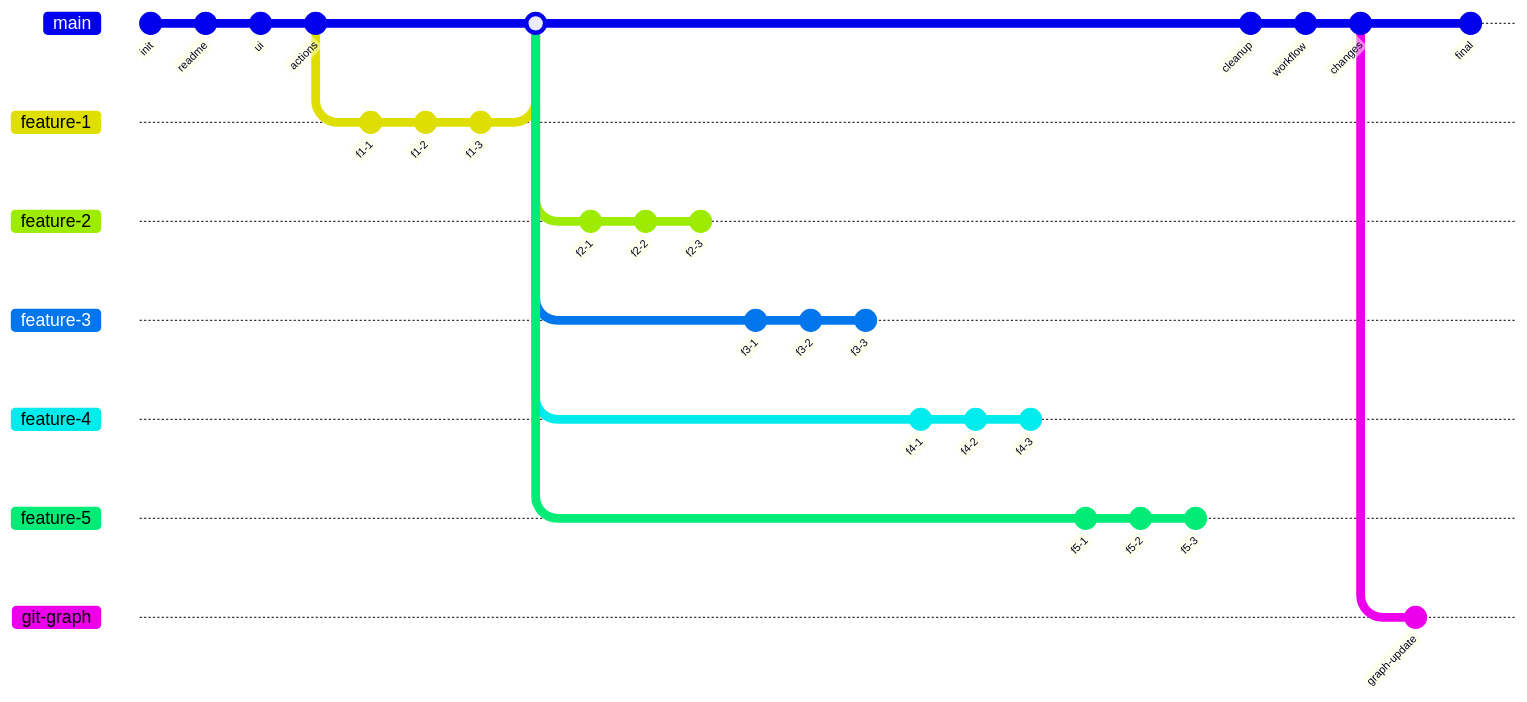
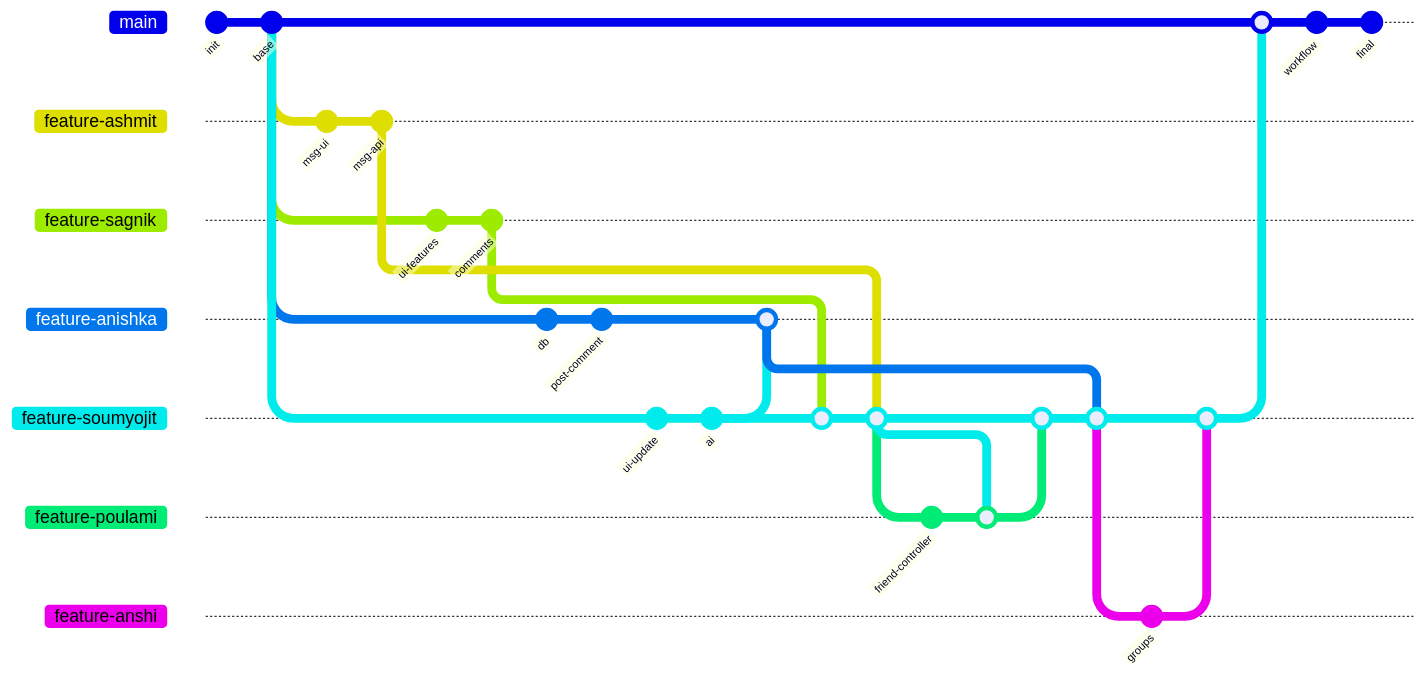
The diagram in graph.md (CrayFish0/text-vault), drawn with Mermaid before and after one commit.

Commit message:
Update git graph with new feature branches and merges

````diff
--- a/graph.md
+++ b/graph.md
@@ -1,59 +1,57 @@
 ```mermaid
 gitGraph
    commit id: "init"
-   commit id: "readme"
-   commit id: "ui"
-   commit id: "actions"
+   commit id: "base"
 
-   branch feature-1
-   checkout feature-1
-   commit id: "f1-1"
-   commit id: "f1-2"
-   commit id: "f1-3"
+   branch feature-ashmit
+   checkout feature-ashmit
+   commit id: "msg-ui"
+   commit id: "msg-api"
 
    checkout main
-   merge feature-1
-
-   branch feature-2
-   checkout feature-2
-   commit id: "f2-1"
-   commit id: "f2-2"
-   commit id: "f2-3"
+   branch feature-sagnik
+   checkout feature-sagnik
+   commit id: "ui-features"
+   commit id: "comments"
 
    checkout main
-
-   branch feature-3
-   checkout feature-3
-   commit id: "f3-1"
-   commit id: "f3-2"
-   commit id: "f3-3"
+   branch feature-anishka
+   checkout feature-anishka
+   commit id: "db"
+   commit id: "post-comment"
 
    checkout main
+   branch feature-soumyojit
+   checkout feature-soumyojit
+   commit id: "ui-update"
+   commit id: "ai"
 
-   branch feature-4
-   checkout feature-4
-   commit id: "f4-1"
-   commit id: "f4-2"
-   commit id: "f4-3"
+   checkout feature-anishka
+   merge feature-soumyojit
+
+   checkout feature-soumyojit
+   merge feature-sagnik
+   merge feature-ashmit
+
+   branch feature-poulami
+   checkout feature-poulami
+   commit id: "friend-controller"
+   merge feature-soumyojit
+
+   checkout feature-soumyojit
+   merge feature-poulami
+   merge feature-anishka
+
+   branch feature-anshi
+   checkout feature-anshi
+   commit id: "groups"
+
+   checkout feature-soumyojit
+   merge feature-anshi
 
    checkout main
+   merge feature-soumyojit
 
-   branch feature-5
-   checkout feature-5
-   commit id: "f5-1"
-   commit id: "f5-2"
-   commit id: "f5-3"
-
-   checkout main
-
-   commit id: "cleanup"
    commit id: "workflow"
-   commit id: "changes"
-
-   branch git-graph
-   checkout git-graph
-   commit id: "graph-update"
-
-   checkout main
    commit id: "final"
 ```
````
